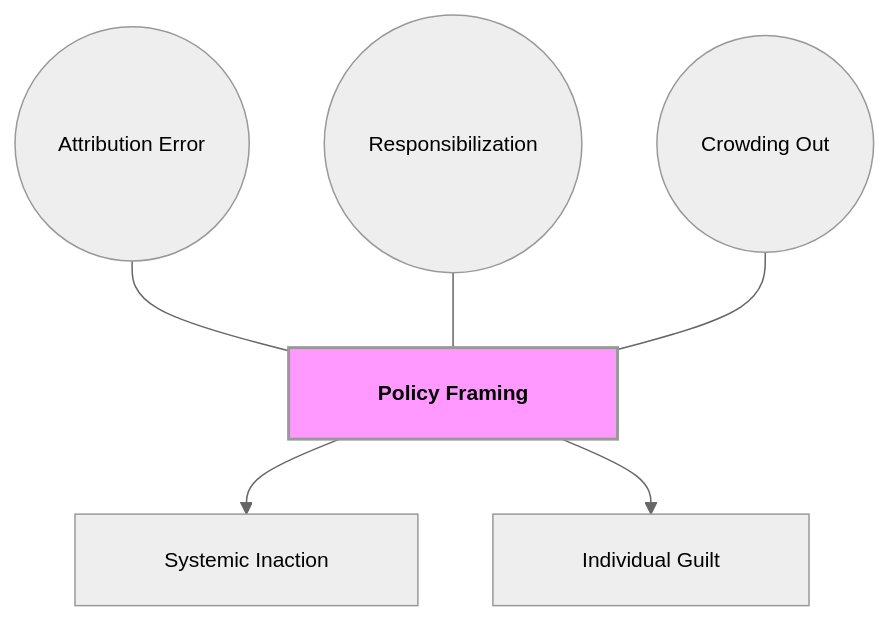
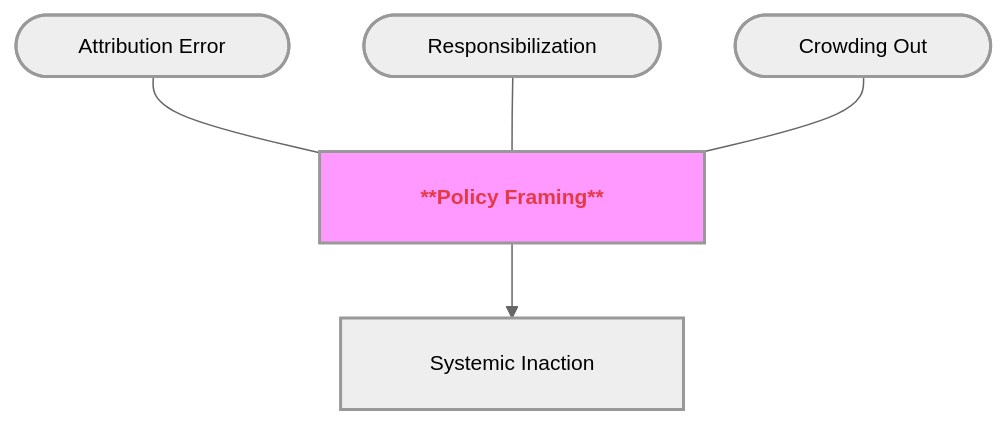
The sixth of 8 diagrams in Communication_Influence/Mastery_Guide_SOW_BS033.md (GM024/CourseSummaries), drawn with Mermaid before and after one commit. The commit also changed other lines of this file, not shown here.

Commit message:
Final Structural Overhaul: GitHub-optimized diagrams, red-bold verbatim nodes, and 150w+ descriptive APA notes

````diff
--- a/Communication_Influence/Mastery_Guide_SOW_BS033.md
+++ b/Communication_Influence/Mastery_Guide_SOW_BS033.md
@@ -197,14 +204,14 @@
 ```mermaid
 %%{init: { 'flowchart': { 'padding': 20, 'nodeSpacing': 50, 'rankSpacing': 50, 'useMaxWidth': false }, 'theme': 'neutral', 'themeVariables': { 'fontSize': '14px' }}}%%
 graph TD
-    Hub["&nbsp;&nbsp;&nbsp;&nbsp; Policy Framing &nbsp;&nbsp;&nbsp;&nbsp;"]:::hubNode
+    Hub["&nbsp;&nbsp;&nbsp;&nbsp;&nbsp;&nbsp; <span style='color:#e63946'>**Policy Framing**</span> &nbsp;&nbsp;&nbsp;&nbsp;&nbsp;&nbsp;"]:::hubNode
     
-    S1(("&nbsp;&nbsp;&nbsp;&nbsp; Attribution Error &nbsp;&nbsp;&nbsp;&nbsp;")) --- Hub
-    S2(("&nbsp;&nbsp;&nbsp;&nbsp; Responsibilization &nbsp;&nbsp;&nbsp;&nbsp;")) --- Hub
-    S3(("&nbsp;&nbsp;&nbsp;&nbsp; Crowding Out &nbsp;&nbsp;&nbsp;&nbsp;")) --- Hub
+    S1(["&nbsp;&nbsp;&nbsp;&nbsp;&nbsp;&nbsp; Attribution Error &nbsp;&nbsp;&nbsp;&nbsp;&nbsp;&nbsp;"]) --- Hub
+    S2(["&nbsp;&nbsp;&nbsp;&nbsp;&nbsp;&nbsp; Responsibilization &nbsp;&nbsp;&nbsp;&nbsp;&nbsp;&nbsp;"]) --- Hub
+    S3(["&nbsp;&nbsp;&nbsp;&nbsp;&nbsp;&nbsp; Crowding Out &nbsp;&nbsp;&nbsp;&nbsp;&nbsp;&nbsp;"]) --- Hub
     
     Hub --> B1["&nbsp;&nbsp;&nbsp;&nbsp; Systemic Inaction &nbsp;&nbsp;&nbsp;&nbsp;"]
-    Hub --> B2["&nbsp;&nbsp;&nbsp;&nbsp; Individual Guilt &nbsp;&nbsp;&nbsp;&nbsp;"]
     
     classDef hubNode font-weight:bold,stroke-width:2px,fill:#f9f;
+    classDef default stroke-width:2px;
 ```
````
